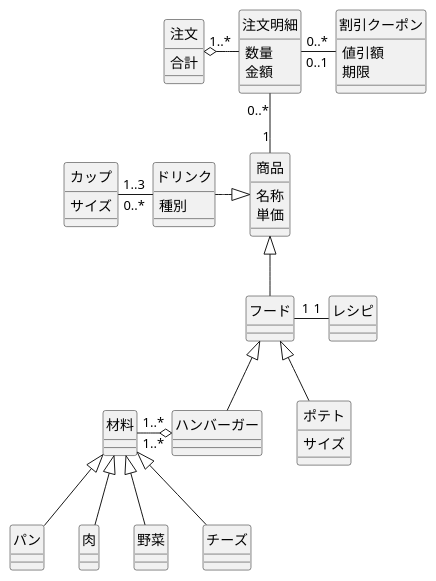
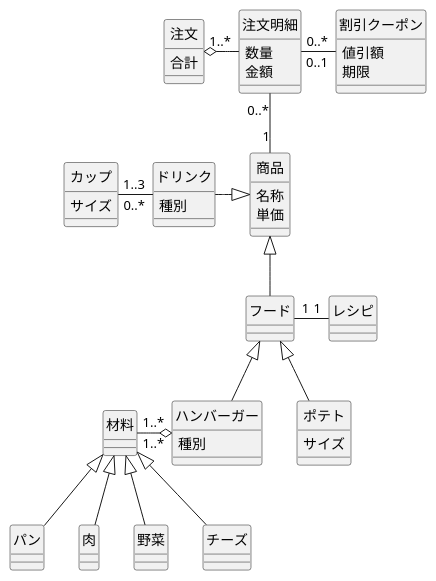
Before and after one commit to Nshikawakazuki/uml-intr: the diagram in 演習7-4-1_CL_ハンバーガーショップ.pu, drawn with PlantUML.

Commit message:
直した

```diff
--- a/演習7-4-1_CL_ハンバーガーショップ.pu
+++ b/演習7-4-1_CL_ハンバーガーショップ.pu
@@ -1,85 +1,86 @@
 @startuml 演習７－４－１
 
 class 注文 {
     合計
 }
 class 注文明細 {
     数量
     金額
 }
 class 割引クーポン {
     値引額
     期限
 }
 class 商品 {
     名称
     単価
 }
 class カップ {
     サイズ
 }
 class ドリンク {
     種別
 }
 class フード {
     
 }
 class レシピ {
 
 }
 class 材料 {
     
 }
 class ハンバーガー {
+    種別
     
 }
 class ポテト {
     サイズ
 }
 class パン {
 
 }
 class 肉 {
 
 }
 class 野菜 {
 
 }
 class チーズ {
 
 }
 
 注文 "1..*" o-right- 注文明細
 割引クーポン "0..1" -left- "0..*" 注文明細 
 注文明細 "0..*" -down- "1" 商品
 ドリンク -right-|> 商品
 カップ "1..3" -right- "0..*" ドリンク
 商品 <|-down- フード
 レシピ "1" -left- "1" フード
 フード <|-down- ハンバーガー
 フード <|-down- ポテト
 材料 "1..*" -right-o "1..*" ハンバーガー
 材料 <|-down- パン
 材料 <|-down- 肉
 材料 <|-down- 野菜
 材料 <|-down- チーズ
 
 hide 注文 circle
 hide 注文明細 circle
 hide 割引クーポン circle
 hide 商品 circle
 hide カップ circle
 hide ドリンク circle
 hide フード circle
 hide レシピ circle
 hide 材料 circle
 hide ハンバーガー circle
 hide ポテト circle
 hide パン circle
 hide 肉 circle
 hide 野菜 circle
 hide チーズ circle
  
 
 
 @enduml
```
